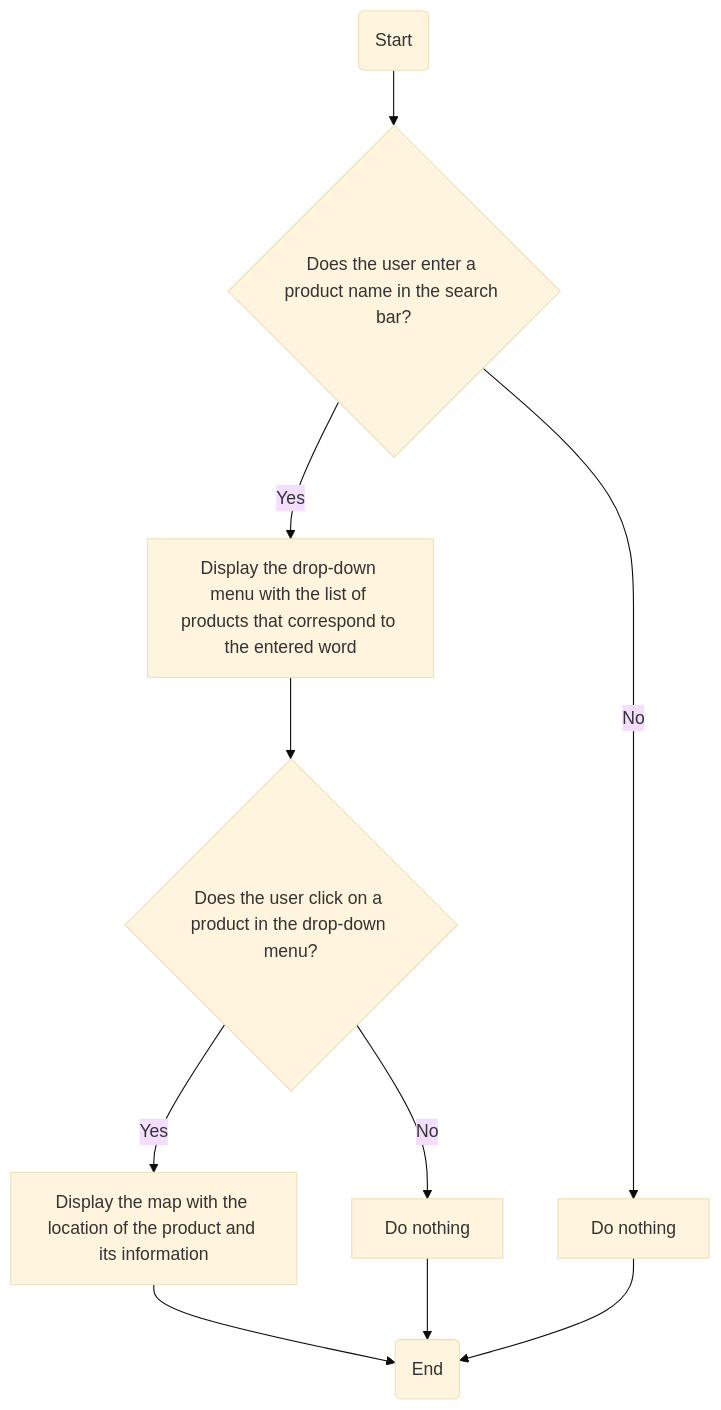
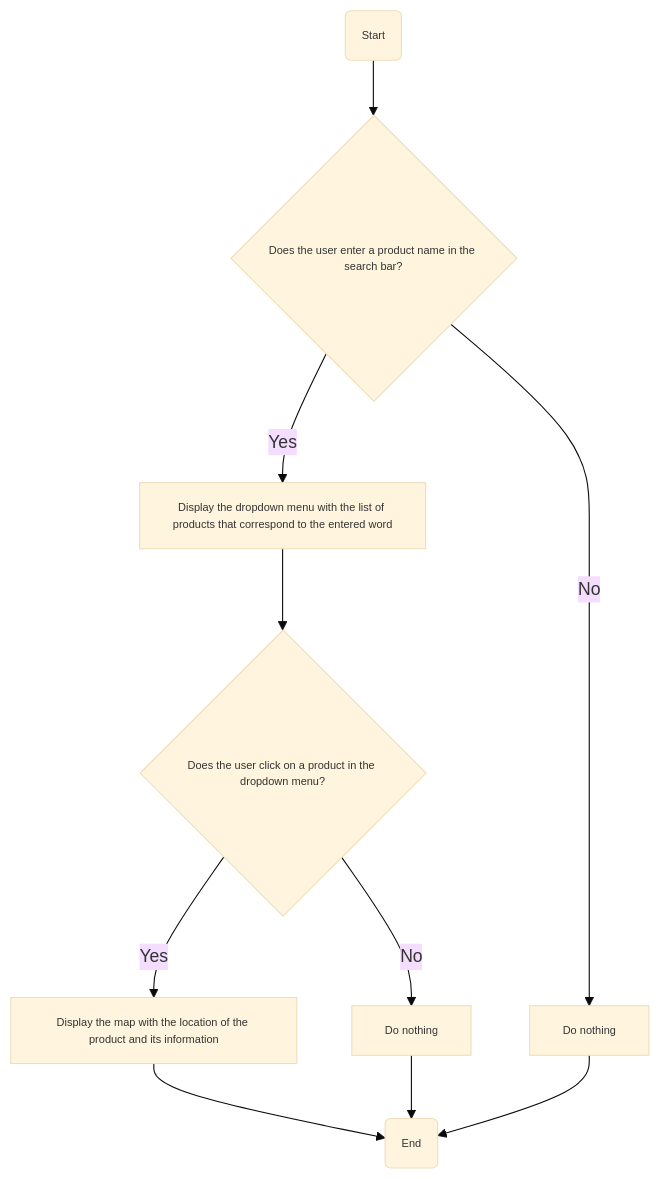
Before and after one commit to algosup/2024-2025-project-5-bubble-intermarche-team-2: the tenth of 11 diagrams in Documents/Technical/technical_specifications.md, drawn with Mermaid (base theme). The commit also changed other lines of this file, not shown here.

````diff
--- a/Documents/Technical/technical_specifications.md
+++ b/Documents/Technical/technical_specifications.md
@@ -462,12 +473,13 @@
 ```mermaid
 graph TD
     A(Start) --> B{Does the user enter a product name in the search bar?}
-    B -->|Yes| C[Display the drop-down menu with the list of products that correspond to the entered word]
+    B -->|Yes| C[Display the dropdown menu with the list of products that correspond to the entered word]
     B -->|No| D[Do nothing]
-    C --> E{Does the user click on a product in the drop-down menu?}
+    C --> E{Does the user click on a product in the dropdown menu?}
     E -->|Yes| F[Display the map with the location of the product and its information]
     E -->|No| G[Do nothing]
     F --> H(End)
     D --> H
     G --> H
+    classDef default font-size:10px;
 ```
````
